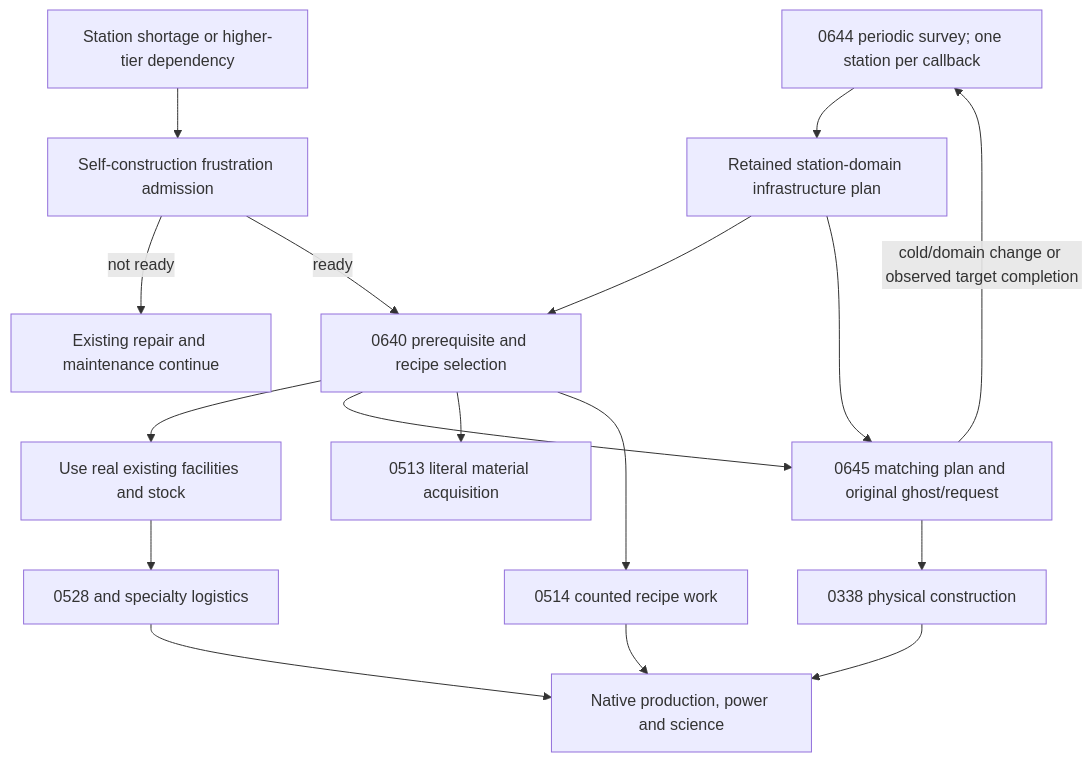
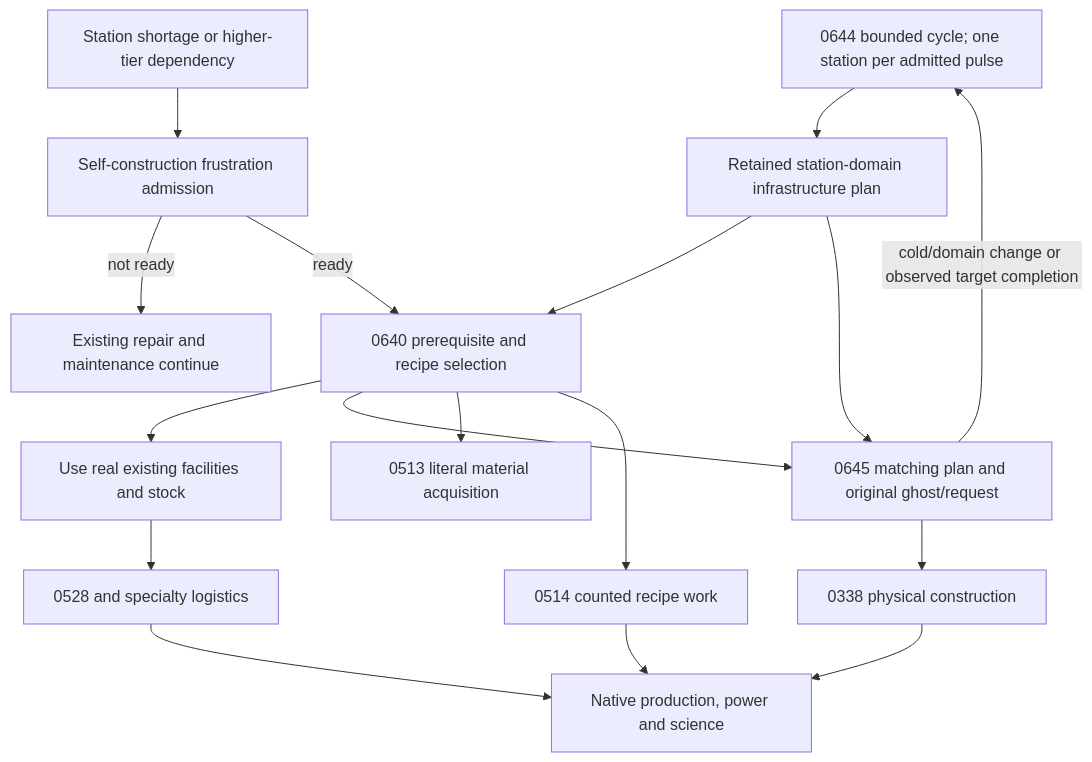
The first of 2 diagrams in docs/BEHAVIOR_MERMAID_FUNCTION_DRILLDOWN_0666_INFRASTRUCTURE_PLANNING.md (mrcalzon02/Tech-Priests), drawn with Mermaid before and after one commit. The commit also changed other lines of this file and 19 other files, not shown here.

````diff
--- a/docs/BEHAVIOR_MERMAID_FUNCTION_DRILLDOWN_0666_INFRASTRUCTURE_PLANNING.md
+++ b/docs/BEHAVIOR_MERMAID_FUNCTION_DRILLDOWN_0666_INFRASTRUCTURE_PLANNING.md
@@ -15,19 +15,19 @@
 ```mermaid
 flowchart TD
-    Survey["0644 periodic survey; one station per callback"] --> Plan["Retained station-domain infrastructure plan"]
+    Survey["0644 bounded cycle; one station per admitted pulse"] --> Plan["Retained station-domain infrastructure plan"]
     Need["Station shortage or higher-tier dependency"] --> Gate["Self-construction frustration admission"]
     Gate -->|"not ready"| Maintain["Existing repair and maintenance continue"]
     Gate -->|"ready"| Governor["0640 prerequisite and recipe selection"]
     Plan --> Governor
     Governor --> Existing["Use real existing facilities and stock"]
     Governor --> Build["0645 matching plan and original ghost/request"]
     Plan --> Build
     Build -->|"cold/domain change or observed target completion"| Survey
     Build --> Constructor["0338 physical construction"]
     Governor --> Acquire["0513 literal material acquisition"]
     Governor --> Craft["0514 counted recipe work"]
     Existing --> Logistics["0528 and specialty logistics"]
     Constructor --> Native["Native production, power and science"]
     Logistics --> Native
     Craft --> Native
 ```
````
